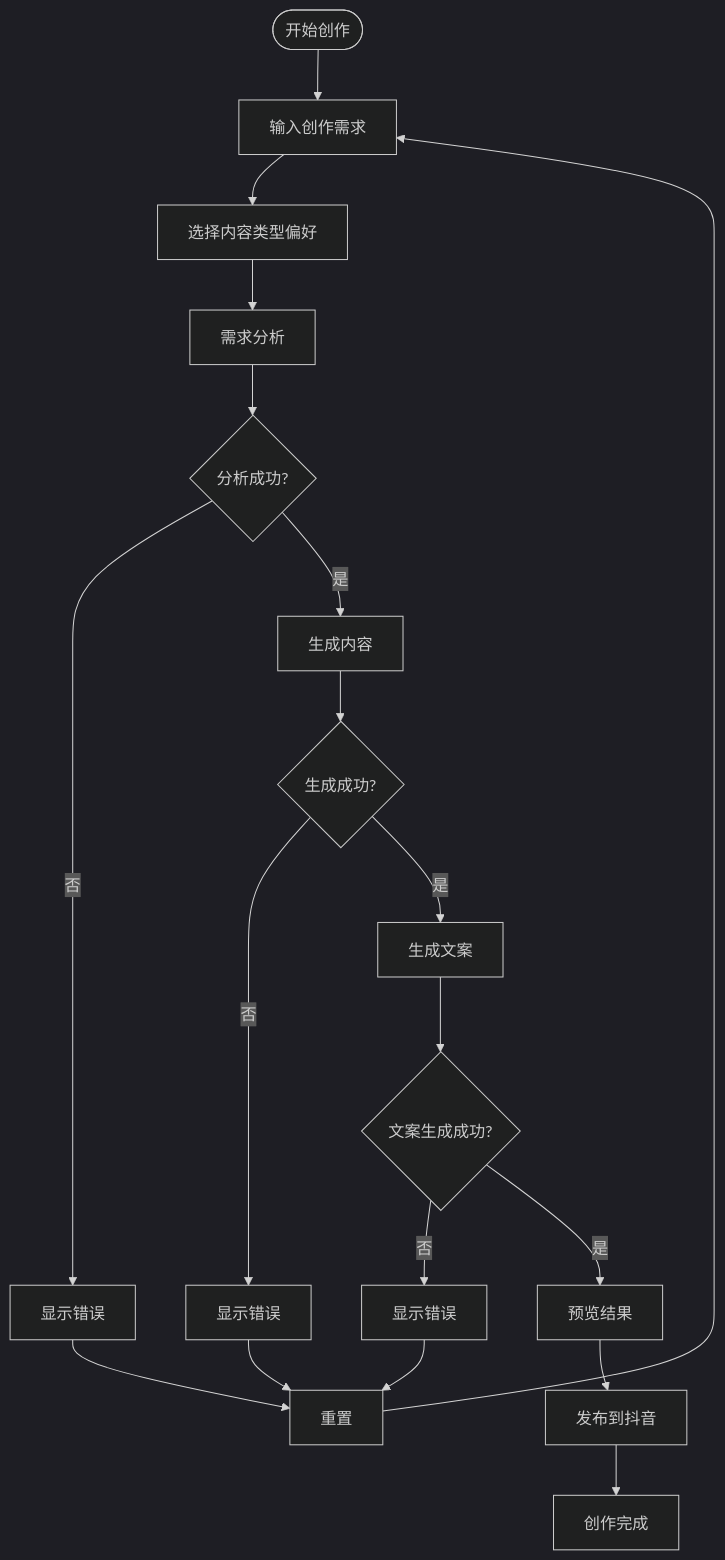
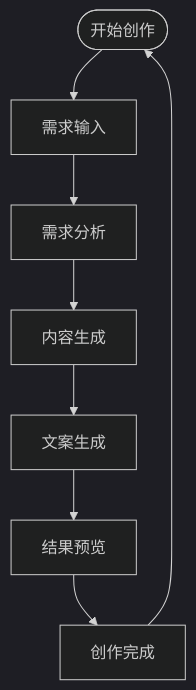
Before and after one commit to songdiyang/clawOperations: the fifth of 17 diagrams in .qoder/repowiki/zh/content/核心模块详解/Web界面系统/AI创作页面.md, drawn with Mermaid (dark theme). The commit also changed other lines of this file and 52 other files, not shown here.

````diff
--- a/.qoder/repowiki/zh/content/核心模块详解/Web界面系统/AI创作页面.md
+++ b/.qoder/repowiki/zh/content/核心模块详解/Web界面系统/AI创作页面.md
@@ -221,21 +282,10 @@
 ```mermaid
 flowchart TD
-Start([开始创作]) --> Input[输入创作需求]
-Input --> Preference[选择内容类型偏好]
-Preference --> Analyze[需求分析]
-Analyze --> CheckAnalyze{分析成功?}
-CheckAnalyze --> |否| Error1[显示错误]
-CheckAnalyze --> |是| Generate[生成内容]
-Generate --> CheckGen{生成成功?}
-CheckGen --> |否| Error2[显示错误]
-CheckGen --> |是| Copywriting[生成文案]
-Copywriting --> CheckCW{文案生成成功?}
-CheckCW --> |否| Error3[显示错误]
-CheckCW --> |是| Preview[预览结果]
-Preview --> Publish[发布到抖音]
-Publish --> Complete[创作完成]
-Error1 --> Reset[重置]
-Error2 --> Reset
-Error3 --> Reset
-Reset --> Input
+Start([开始创作]) --> Step1[需求输入]
+Step1 --> Step2[需求分析]
+Step2 --> Step3[内容生成]
+Step3 --> Step4[文案生成]
+Step4 --> Step5[结果预览]
+Step5 --> Complete[创作完成]
+Complete --> Start
 ```
````
